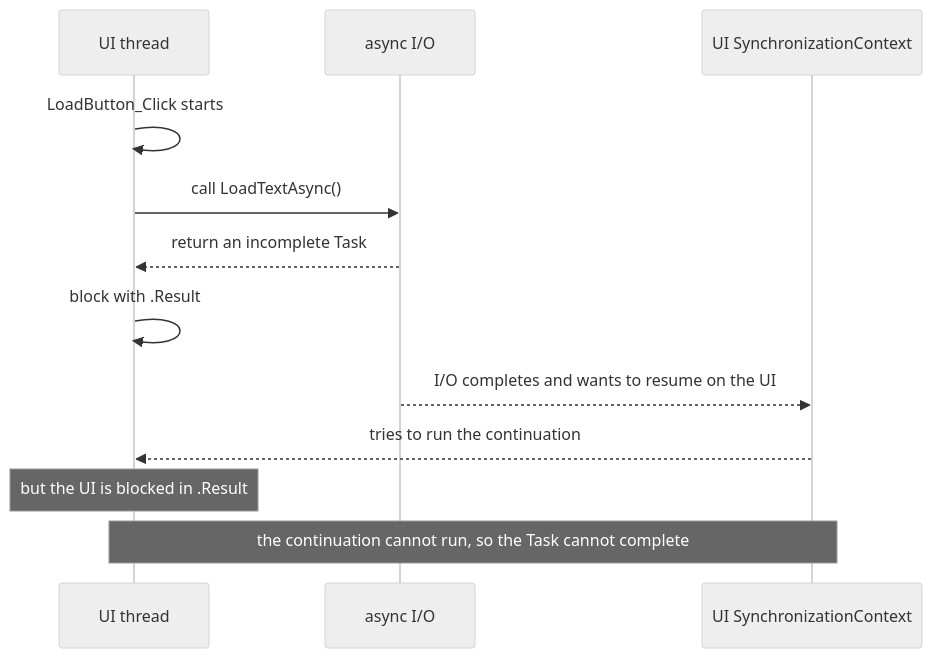
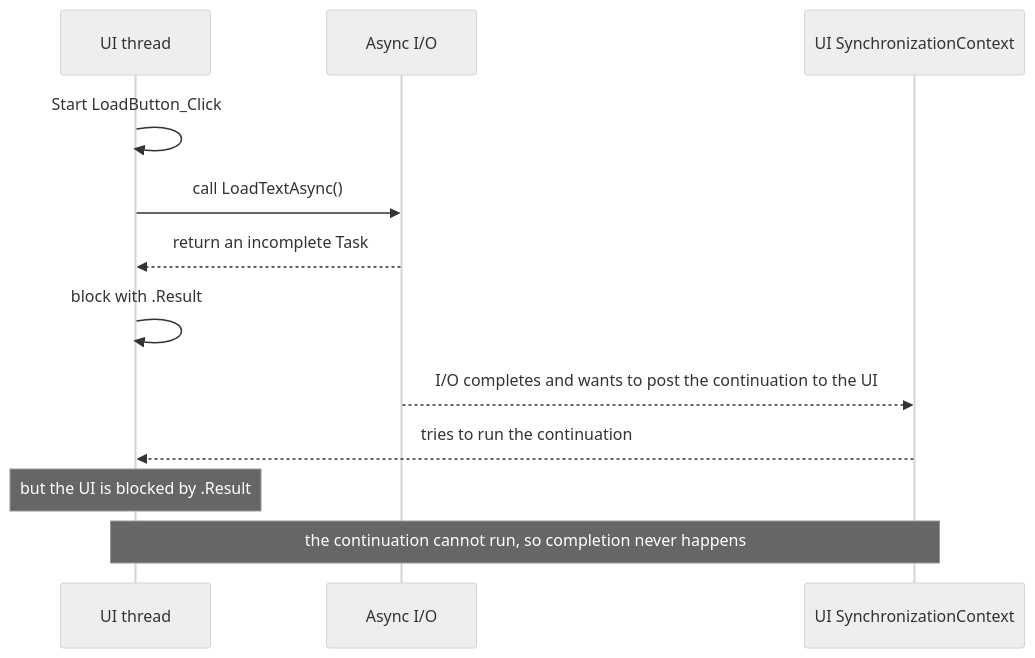
The seventh of 8 diagrams in _posts/2026-03-12-000-wpf-winforms-ui-thread-async-await-one-sheet-en.md (gomurin0428/KomuraSoftWeb), drawn with Mermaid (neutral theme) before and after one commit. The commit also changed other lines of this file and 3 other files, not shown here.

````diff
--- a/_posts/2026-03-12-000-wpf-winforms-ui-thread-async-await-one-sheet-en.md
+++ b/_posts/2026-03-12-000-wpf-winforms-ui-thread-async-await-one-sheet-en.md
@@ -437,15 +449,15 @@
 ```mermaid
 sequenceDiagram
     participant UI as UI thread
-    participant IO as async I/O
+    participant IO as Async I/O
     participant Ctx as UI SynchronizationContext
 
-    UI->>UI: LoadButton_Click starts
+    UI->>UI: Start LoadButton_Click
     UI->>IO: call LoadTextAsync()
     IO-->>UI: return an incomplete Task
     UI->>UI: block with .Result
-    IO-->>Ctx: I/O completes and wants to resume on the UI
+    IO-->>Ctx: I/O completes and wants to post the continuation to the UI
     Ctx-->>UI: tries to run the continuation
-    Note over UI: but the UI is blocked in .Result
-    Note over UI,Ctx: the continuation cannot run, so the Task cannot complete
+    Note over UI: but the UI is blocked by .Result
+    Note over UI, Ctx: the continuation cannot run, so completion never happens
 ```
````
